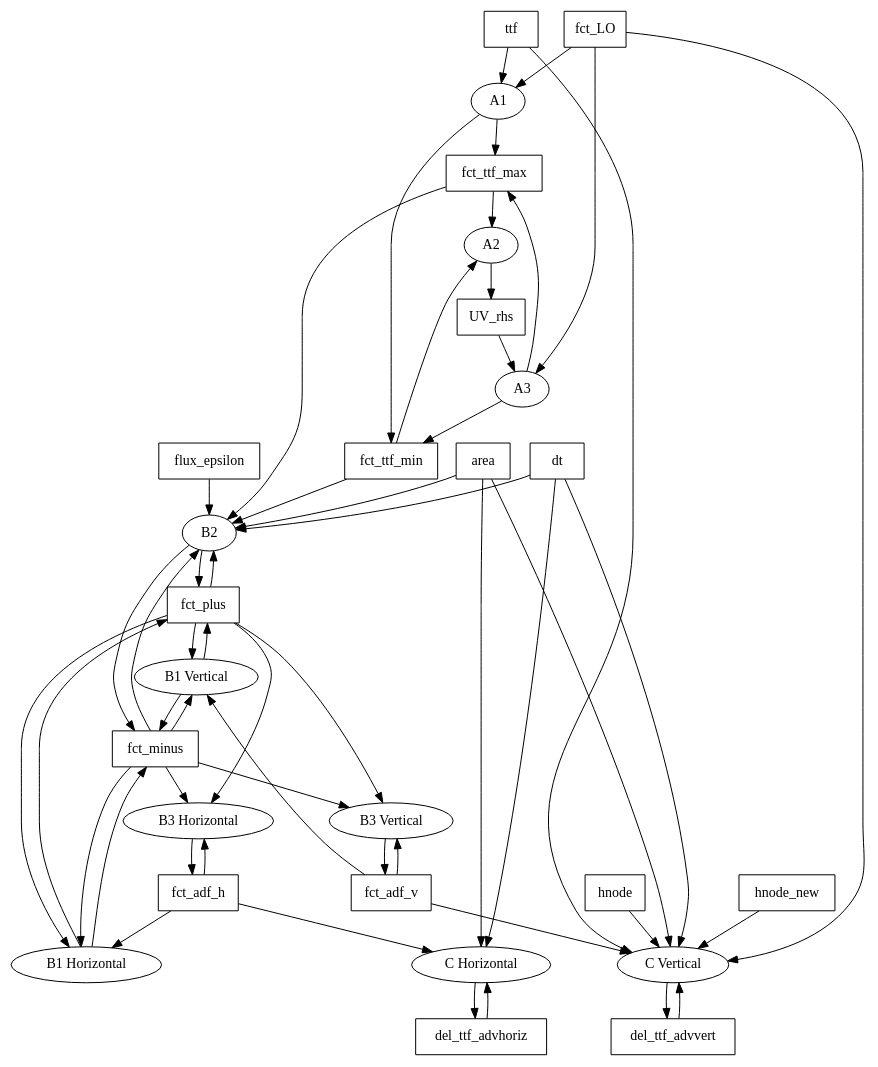
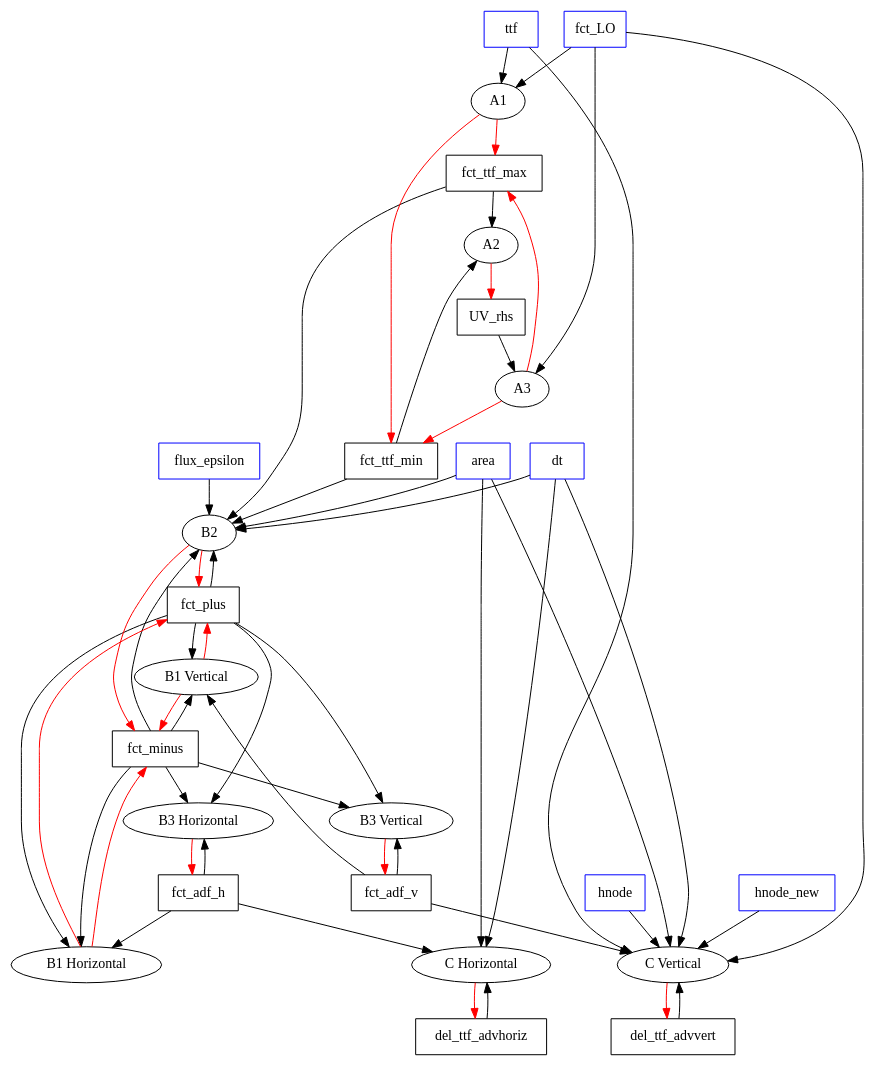
One commit to ESiWACE-S1/fesom2-accelerate changed the diagram in docs/fct_ale_dependencies.dot. Above: the diagram before and after it, drawn with Graphviz.

Commit message:
Added colors.

```diff
--- a/docs/fct_ale_dependencies.dot
+++ b/docs/fct_ale_dependencies.dot
@@ -1,72 +1,72 @@
 digraph FCT_ALE {
     {
-        "fct_LO" [shape=box];
-        "ttf" [shape=box];
+        "fct_LO" [shape=box, color=blue];
+        "ttf" [shape=box, color=blue];
         "fct_ttf_max" [shape=box];
         "fct_ttf_min" [shape=box];
         "UV_rhs" [shape=box];
         "fct_plus" [shape=box];
         "fct_minus" [shape=box];
         "fct_adf_v" [shape=box];
         "fct_adf_h" [shape=box];
-        "flux_epsilon" [shape=box];
-        "dt" [shape=box];
-        "area" [shape=box];
-        "hnode" [shape=box];
-        "hnode_new" [shape=box];
+        "flux_epsilon" [shape=box, color=blue];
+        "dt" [shape=box, color=blue];
+        "area" [shape=box, color=blue];
+        "hnode" [shape=box, color=blue];
+        "hnode_new" [shape=box, color=blue];
         "del_ttf_advvert" [shape=box];
         "del_ttf_advhoriz" [shape=box];
     }
     "fct_LO" -> "A1";
     "ttf" -> "A1";
-    "A1" -> "fct_ttf_max";
-    "A1" -> "fct_ttf_min";
+    "A1" -> "fct_ttf_max" [color=red];
+    "A1" -> "fct_ttf_min" [color=red];
     "fct_ttf_max" -> "A2";
     "fct_ttf_min" -> "A2";
-    "A2" -> "UV_rhs";
+    "A2" -> "UV_rhs" [color=red];
     "UV_rhs" -> "A3";
     "fct_LO" -> "A3";
-    "A3" -> "fct_ttf_max";
-    "A3" -> "fct_ttf_min";
+    "A3" -> "fct_ttf_max" [color=red];
+    "A3" -> "fct_ttf_min" [color=red];
     "fct_plus" -> "B1 Vertical";
     "fct_minus" -> "B1 Vertical";
     "fct_adf_v" -> "B1 Vertical";
-    "B1 Vertical" -> "fct_plus";
-    "B1 Vertical" -> "fct_minus";
+    "B1 Vertical" -> "fct_plus" [color=red];
+    "B1 Vertical" -> "fct_minus" [color=red];
     "fct_plus" -> "B1 Horizontal";
     "fct_minus" -> "B1 Horizontal";
     "fct_adf_h" -> "B1 Horizontal";
-    "B1 Horizontal" -> "fct_plus";
-    "B1 Horizontal" -> "fct_minus";
+    "B1 Horizontal" -> "fct_plus" [color=red];
+    "B1 Horizontal" -> "fct_minus" [color=red];
     "fct_ttf_max" -> "B2";
     "fct_plus" -> "B2";
     "dt" -> "B2";
     "area" -> "B2";
     "flux_epsilon" -> "B2";
-    "B2" -> "fct_plus";
+    "B2" -> "fct_plus" [color=red];
     "fct_ttf_min" -> "B2";
     "fct_minus" -> "B2";
-    "B2" -> "fct_minus";
+    "B2" -> "fct_minus" [color=red];
     "fct_adf_v" -> "B3 Vertical";
     "fct_plus" -> "B3 Vertical";
     "fct_minus" -> "B3 Vertical";
-    "B3 Vertical" -> "fct_adf_v";
+    "B3 Vertical" -> "fct_adf_v" [color=red];
     "fct_adf_h" -> "B3 Horizontal";
     "fct_plus" -> "B3 Horizontal";
     "fct_minus" -> "B3 Horizontal";
-    "B3 Horizontal" -> "fct_adf_h";
+    "B3 Horizontal" -> "fct_adf_h" [color=red];
     "del_ttf_advvert" -> "C Vertical";
     "ttf" -> "C Vertical";
     "hnode" -> "C Vertical";
     "fct_LO" -> "C Vertical";
     "hnode_new" -> "C Vertical";
     "fct_adf_v" -> "C Vertical";
     "dt" -> "C Vertical";
     "area" -> "C Vertical";
-    "C Vertical" -> "del_ttf_advvert";
+    "C Vertical" -> "del_ttf_advvert" [color=red];
     "del_ttf_advhoriz" -> "C Horizontal";
     "fct_adf_h" -> "C Horizontal";
     "dt" -> "C Horizontal";
     "area" -> "C Horizontal";
-    "C Horizontal" -> "del_ttf_advhoriz";
+    "C Horizontal" -> "del_ttf_advhoriz" [color=red];
 }
```
